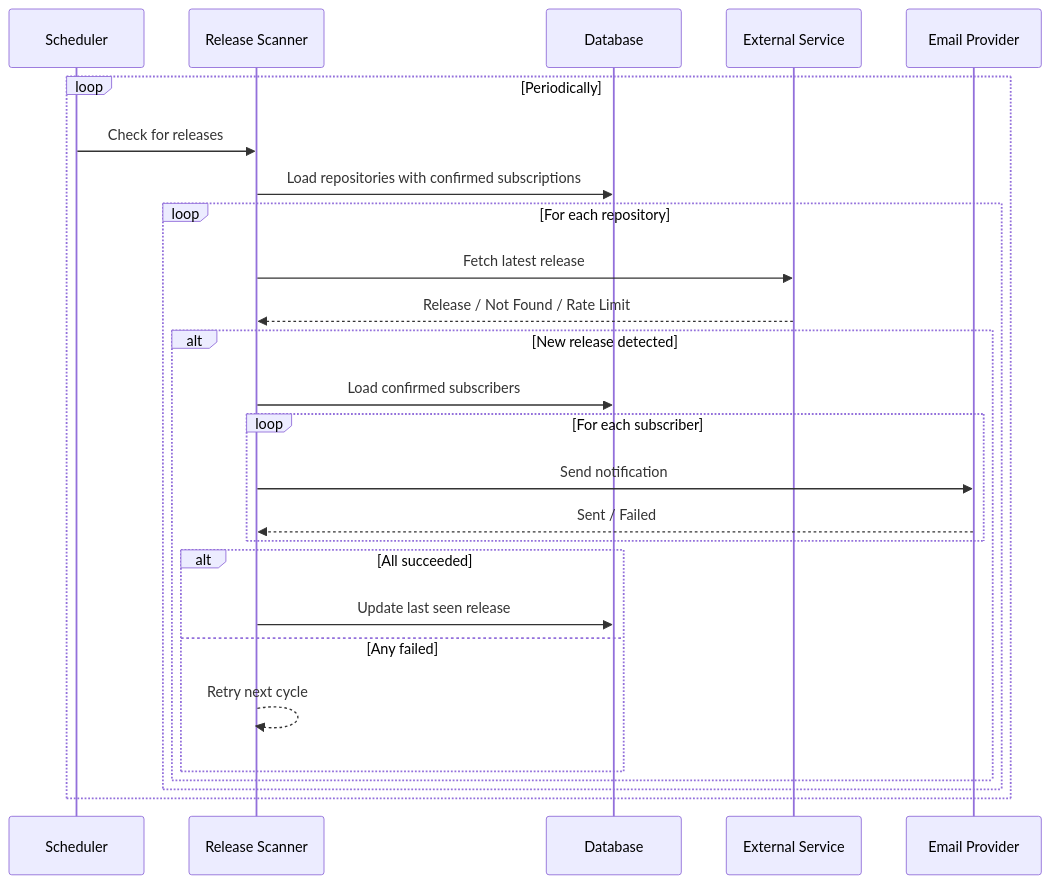
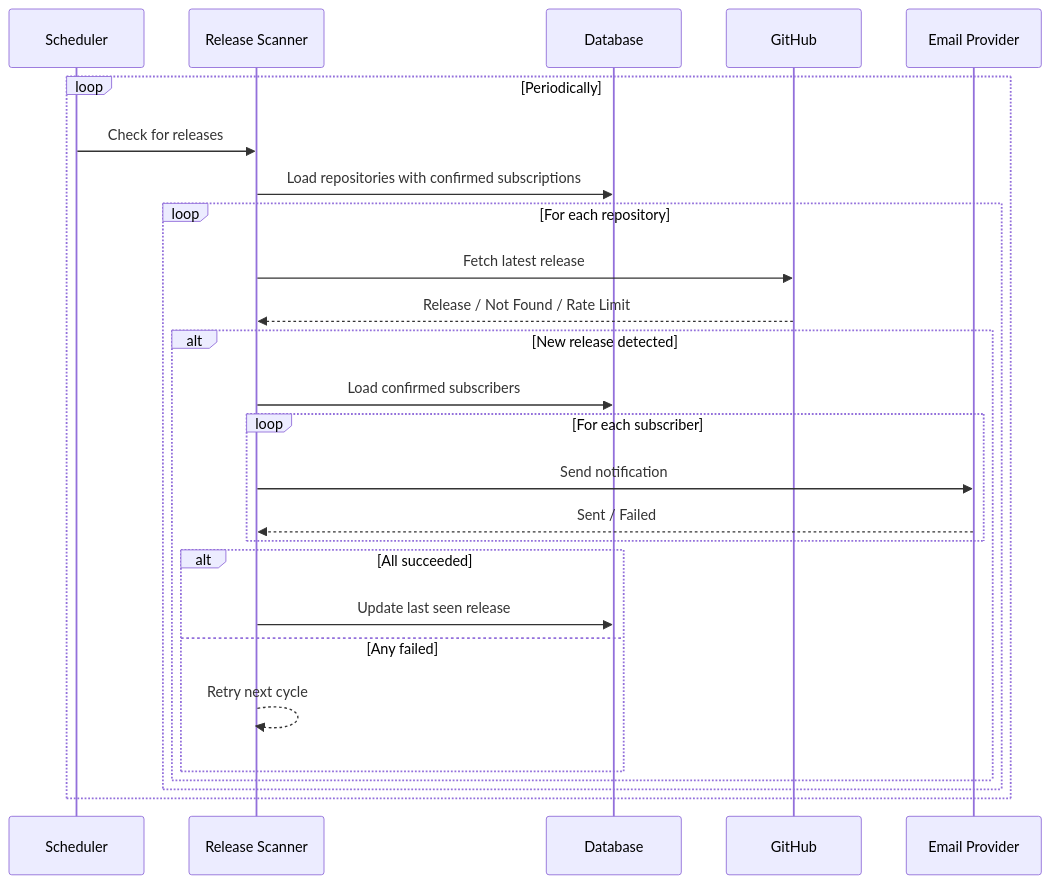
One commit to GenesisEducationKyiv/software-engineering-school-6-0-RandomIv changed the third of 3 diagrams in docs/system-design.md. Above: the diagram before and after it, drawn with Mermaid. The commit also changed other lines of this file, not shown here.

Commit message:
docs: update system design to specify GitHub as external service integration

````diff
--- a/docs/system-design.md
+++ b/docs/system-design.md
@@ -165,32 +165,32 @@
 ```mermaid
 sequenceDiagram
     participant Scheduler
     participant Scanner as Release Scanner
     participant DB as Database
-    participant ExternalSvc as External Service
+    participant ExternalSvc as GitHub
     participant Provider as Email Provider
 
     loop Periodically
         Scheduler->>Scanner: Check for releases
         Scanner->>DB: Load repositories with confirmed subscriptions
         
         loop For each repository
             Scanner->>ExternalSvc: Fetch latest release
             ExternalSvc-->>Scanner: Release / Not Found / Rate Limit
             
             alt New release detected
                 Scanner->>DB: Load confirmed subscribers
                 loop For each subscriber
                     Scanner->>Provider: Send notification
                     Provider-->>Scanner: Sent / Failed
                 end
                 
                 alt All succeeded
                     Scanner->>DB: Update last seen release
                 else Any failed
                     Scanner-->>Scanner: Retry next cycle
                 end
             end
         end
     end
 ```
````
